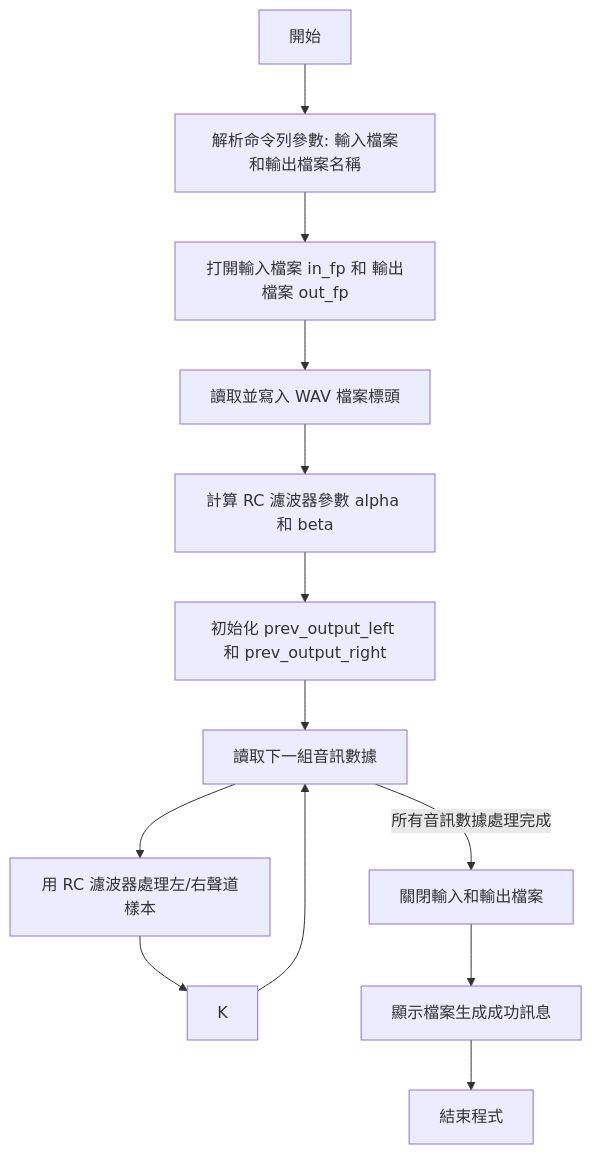
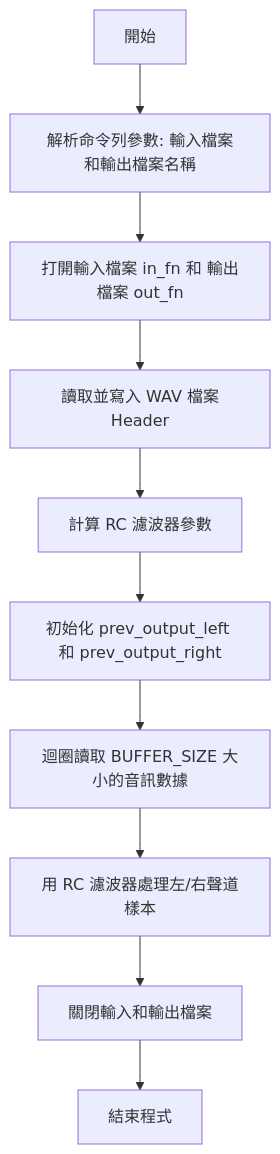
One commit to ChenHYuu/Simulation-of-RC-Low-Pass-Filter-by-Discrete-Signal-Processing changed the second of 2 diagrams in README.md. Above: the diagram before and after it, drawn with Mermaid. The commit also changed other lines of this file, not shown here.

````diff
--- a/README.md
+++ b/README.md
@@ -668,18 +654,12 @@
 ```mermaid
 flowchart TD
     A[開始] --> B[解析命令列參數: 輸入檔案和輸出檔案名稱]
-    B --> C[打開輸入檔案 in_fp 和 輸出檔案 out_fp]
-    C --> D[讀取並寫入 WAV 檔案標頭]
-
-    D --> E[計算 RC 濾波器參數 alpha 和 beta]
+    B --> C[打開輸入檔案 in_fn 和 輸出檔案 out_fn]
+    C --> D[讀取並寫入 WAV 檔案Header]
+    D --> E[計算 RC 濾波器參數]
     E --> F[初始化 prev_output_left 和 prev_output_right]
-
     F --> G[迴圈讀取 BUFFER_SIZE 大小的音訊數據]
     G --> H[用 RC 濾波器處理左/右聲道樣本]
-    H --> K
-    K --> G[讀取下一組音訊數據]
-
-    G -- 所有音訊數據處理完成 --> L[關閉輸入和輸出檔案]
-    L --> M[顯示檔案生成成功訊息]
-    M --> N[結束程式]
+    H --> L[關閉輸入和輸出檔案]
+    L --> N[結束程式]
 ```
````
